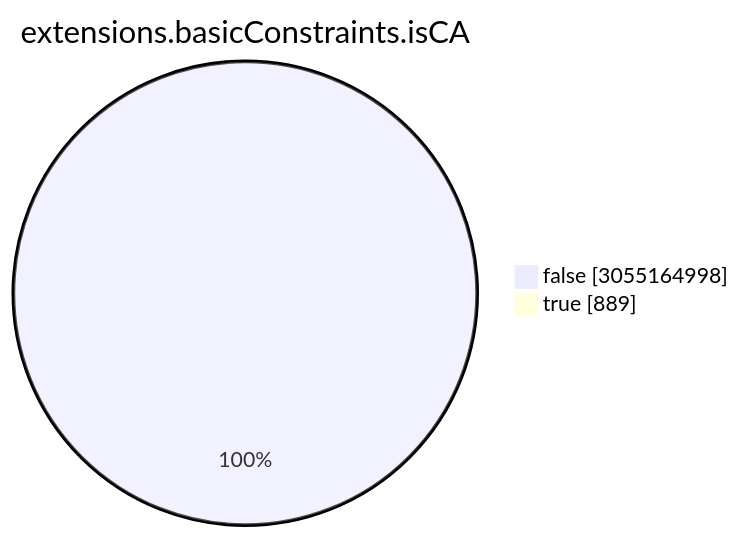
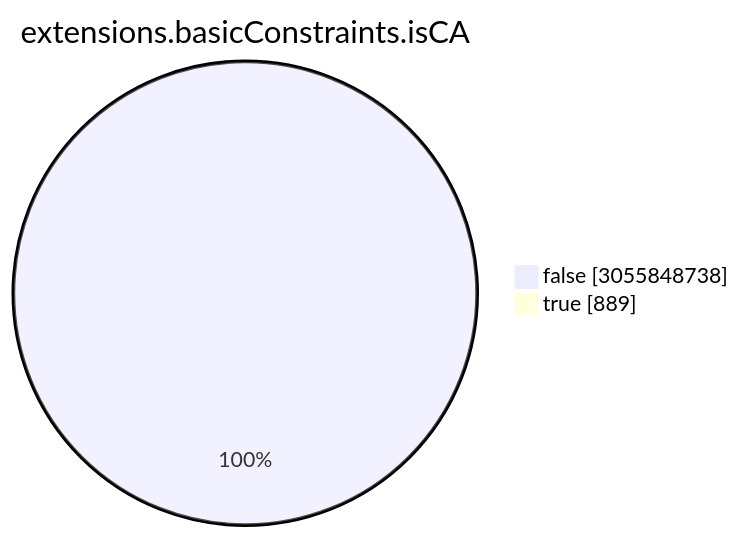
The seventh of 15 diagrams in TOTAL/README.md (christiankrug/ctmonitor_visualization), drawn with Mermaid before and after one commit. The commit also changed other lines of this file, not shown here.

````diff
--- a/TOTAL/README.md
+++ b/TOTAL/README.md
@@ -3086,6 +3086,6 @@
 ```mermaid
 pie showData
 title extensions.basicConstraints.isCA
-"false" :3055164998
+"false" :3055848738
 "true" :889
 ```
````
